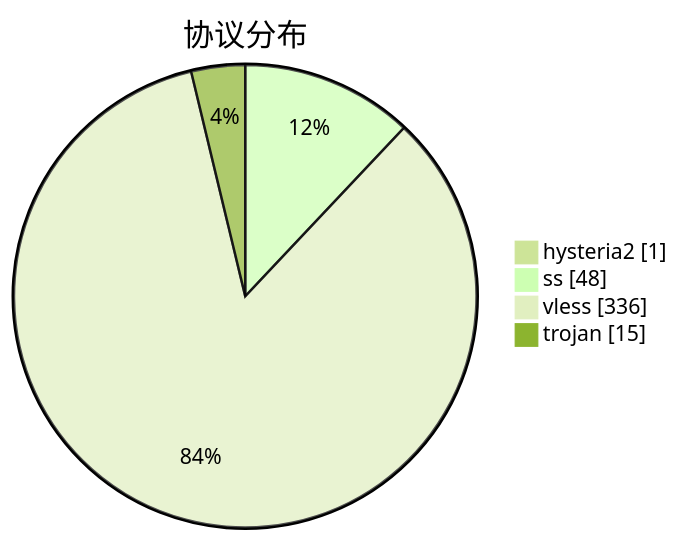
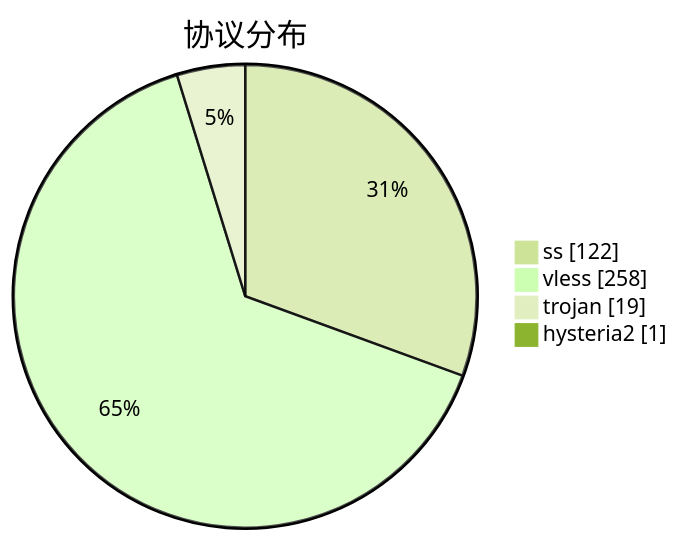
Before and after one commit to qjlxg/airport: the third of 3 diagrams in subs/statistics/tested_within.md, drawn with Mermaid (forest theme). The commit also changed other lines of this file and 2 other files, not shown here.

````diff
--- a/subs/statistics/tested_within.md
+++ b/subs/statistics/tested_within.md
@@ -19,8 +18,8 @@
 ```mermaid
 pie showData
 title 协议分布
+"ss" : 122
+"vless" : 258
+"trojan" : 19
 "hysteria2" : 1
-"ss" : 48
-"vless" : 336
-"trojan" : 15
 ```
````
